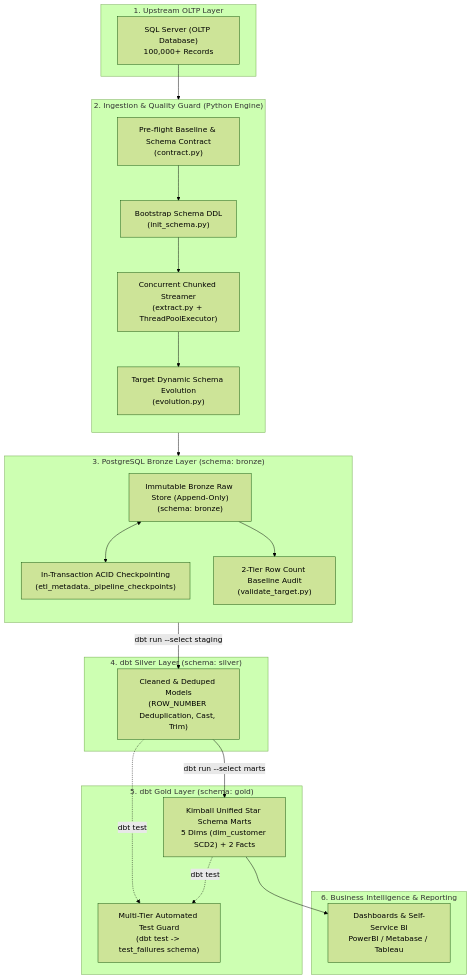
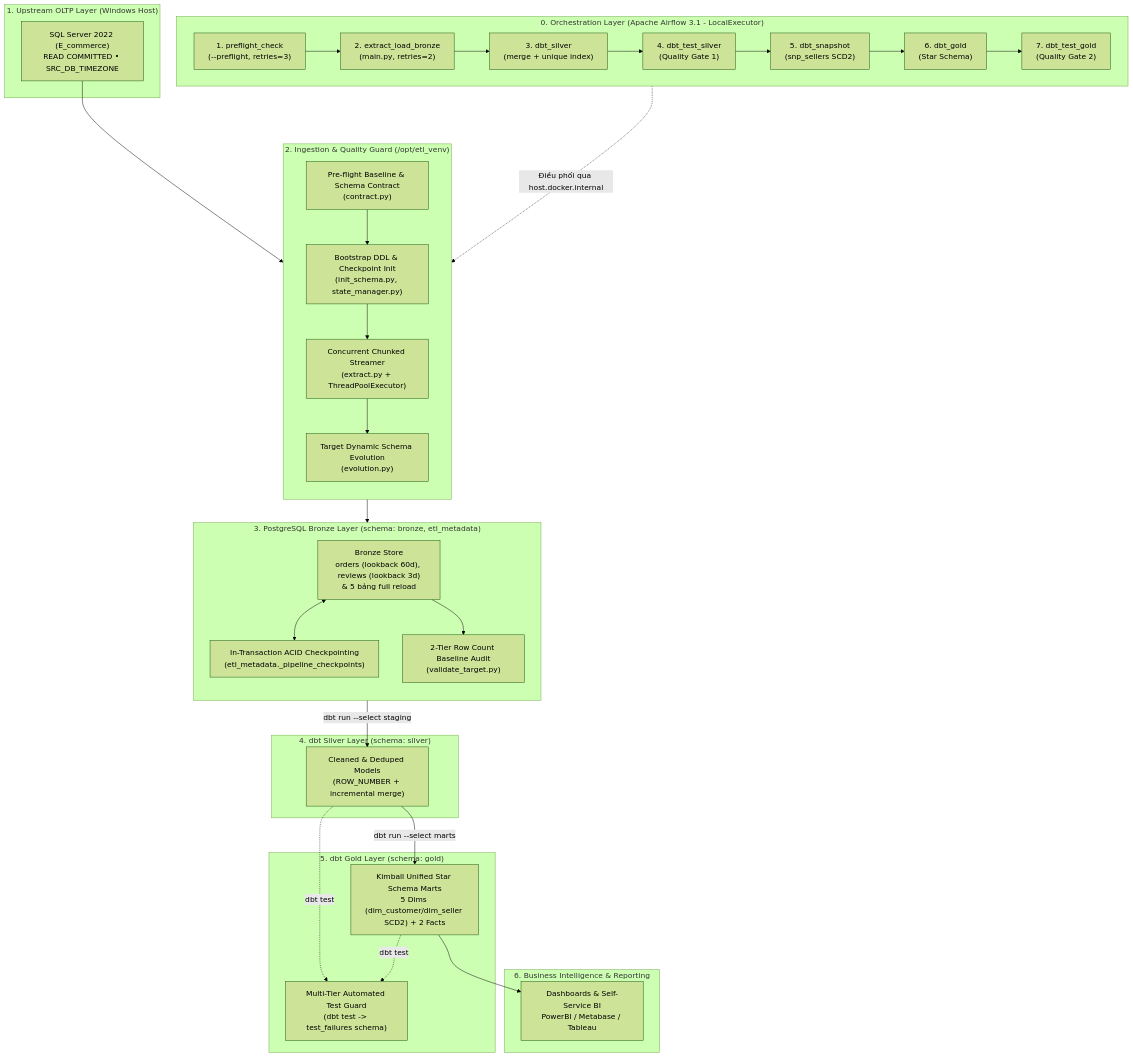
The diagram in README.md (phamminhtoan-de/pipeline_ecommerce_olist), drawn with Mermaid (forest theme) before and after one commit. The commit also changed other lines of this file, not shown here.

Commit message:
docs: update README architecture diagram, logging and project tree

````diff
--- a/README.md
+++ b/README.md
@@ -33,46 +33,58 @@
 ```mermaid
 flowchart TD
-    subgraph S1["1. Upstream OLTP Layer"]
-        SS["SQL Server (OLTP Database)<br/>100,000+ Records"]
+    subgraph S0["0. Orchestration Layer (Apache Airflow 3.1 - LocalExecutor)"]
+        direction LR
+        AF_PF["1. preflight_check<br/>(--preflight, retries=3)"] --> AF_EL["2. extract_load_bronze<br/>(main.py, retries=2)"]
+        AF_EL --> AF_SLV["3. dbt_silver<br/>(merge + unique index)"]
+        AF_SLV --> AF_TS["4. dbt_test_silver<br/>(Quality Gate 1)"]
+        AF_TS --> AF_SNP["5. dbt_snapshot<br/>(snp_sellers SCD2)"]
+        AF_SNP --> AF_GLD["6. dbt_gold<br/>(Star Schema)"]
+        AF_GLD --> AF_TG["7. dbt_test_gold<br/>(Quality Gate 2)"]
     end
 
-    subgraph S2["2. Ingestion & Quality Guard (Python Engine)"]
+    subgraph S1["1. Upstream OLTP Layer (Windows Host)"]
+        SS["SQL Server 2022 (E_commerce)<br/>READ COMMITTED • SRC_DB_TIMEZONE"]
+    end
+
+    subgraph S2["2. Ingestion & Quality Guard (/opt/etl_venv)"]
         direction TB
         BC["Pre-flight Baseline & Schema Contract<br/>(contract.py)"]
-        INIT["Bootstrap Schema DDL<br/>(init_schema.py)"]
+        INIT["Bootstrap DDL & Checkpoint Init<br/>(init_schema.py, state_manager.py)"]
         EX["Concurrent Chunked Streamer<br/>(extract.py + ThreadPoolExecutor)"]
         EVO["Target Dynamic Schema Evolution<br/>(evolution.py)"]
         SS --> BC
         BC --> INIT
         INIT --> EX
         EX --> EVO
     end
 
-    subgraph S3["3. PostgreSQL Bronze Layer (schema: bronze)"]
+    subgraph S3["3. PostgreSQL Bronze Layer (schema: bronze, etl_metadata)"]
         direction TB
-        BRZ["Immutable Bronze Raw Store (Append-Only)<br/>(schema: bronze)"]
+        BRZ["Bronze Store<br/>orders (lookback 60d), reviews (lookback 3d)<br/>&amp; 5 bảng full reload"]
         CKP["In-Transaction ACID Checkpointing<br/>(etl_metadata._pipeline_checkpoints)"]
         AUD["2-Tier Row Count Baseline Audit<br/>(validate_target.py)"]
         EVO --> BRZ
         BRZ <--> CKP
         BRZ --> AUD
     end
 
     subgraph S4["4. dbt Silver Layer (schema: silver)"]
-        STG["Cleaned & Deduped Models<br/>(ROW_NUMBER Deduplication, Cast, Trim)"]
+        STG["Cleaned &amp; Deduped Models<br/>(ROW_NUMBER + incremental merge)"]
         AUD -->|"dbt run --select staging"| STG
     end
 
     subgraph S5["5. dbt Gold Layer (schema: gold)"]
-        GOLD["Kimball Unified Star Schema Marts<br/>5 Dims (dim_customer SCD2) + 2 Facts"]
+        GOLD["Kimball Unified Star Schema Marts<br/>5 Dims (dim_customer/dim_seller SCD2) + 2 Facts"]
         TST["Multi-Tier Automated Test Guard<br/>(dbt test -> test_failures schema)"]
         STG -->|"dbt run --select marts"| GOLD
         STG -.->|"dbt test"| TST
         GOLD -.->|"dbt test"| TST
     end
 
-    subgraph S6["6. Business Intelligence & Reporting"]
-        BI["Dashboards & Self-Service BI<br/>PowerBI / Metabase / Tableau"]
+    subgraph S6["6. Business Intelligence &amp; Reporting"]
+        BI["Dashboards &amp; Self-Service BI<br/>PowerBI / Metabase / Tableau"]
         GOLD --> BI
     end
+
+    S0 -.->|"Điều phối qua host.docker.internal"| S2
 ```
````
